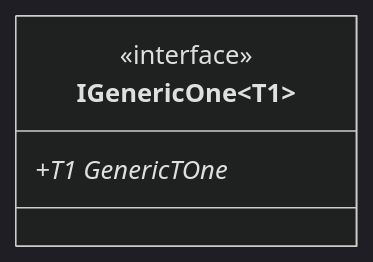
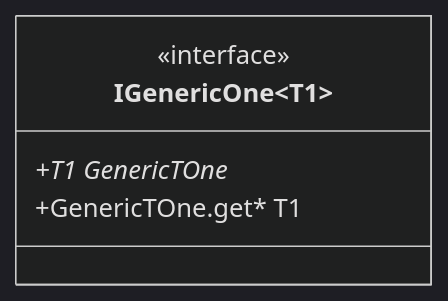
The fourth of 7 diagrams in test/SampleProject/CODE_METRICS.md (erichiller/gh-action-cs-metrics), drawn with Mermaid (dark theme) before and after one commit. The commit also changed other lines of this file, not shown here.

````diff
--- a/test/SampleProject/CODE_METRICS.md
+++ b/test/SampleProject/CODE_METRICS.md
@@ -265,11 +308,12 @@
 ```mermaid
 %%{init: {
     'fontFamily': 'monospace'
 } }%%
 classDiagram
 class SomeRoot_SampleProject_IGenericOne_T1_ ["IGenericOne&lt;T1&gt;"] {
     <<interface>>
     +T1 GenericTOne*
+    +GenericTOne.get* T1
 }
 
 ```
````
